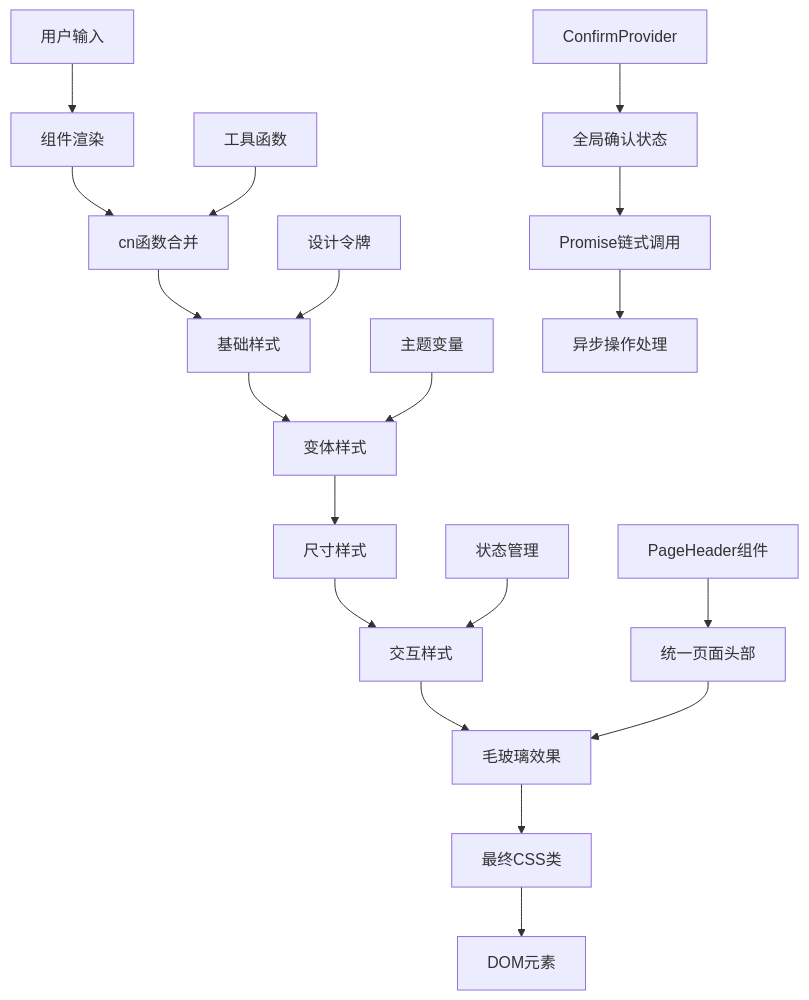
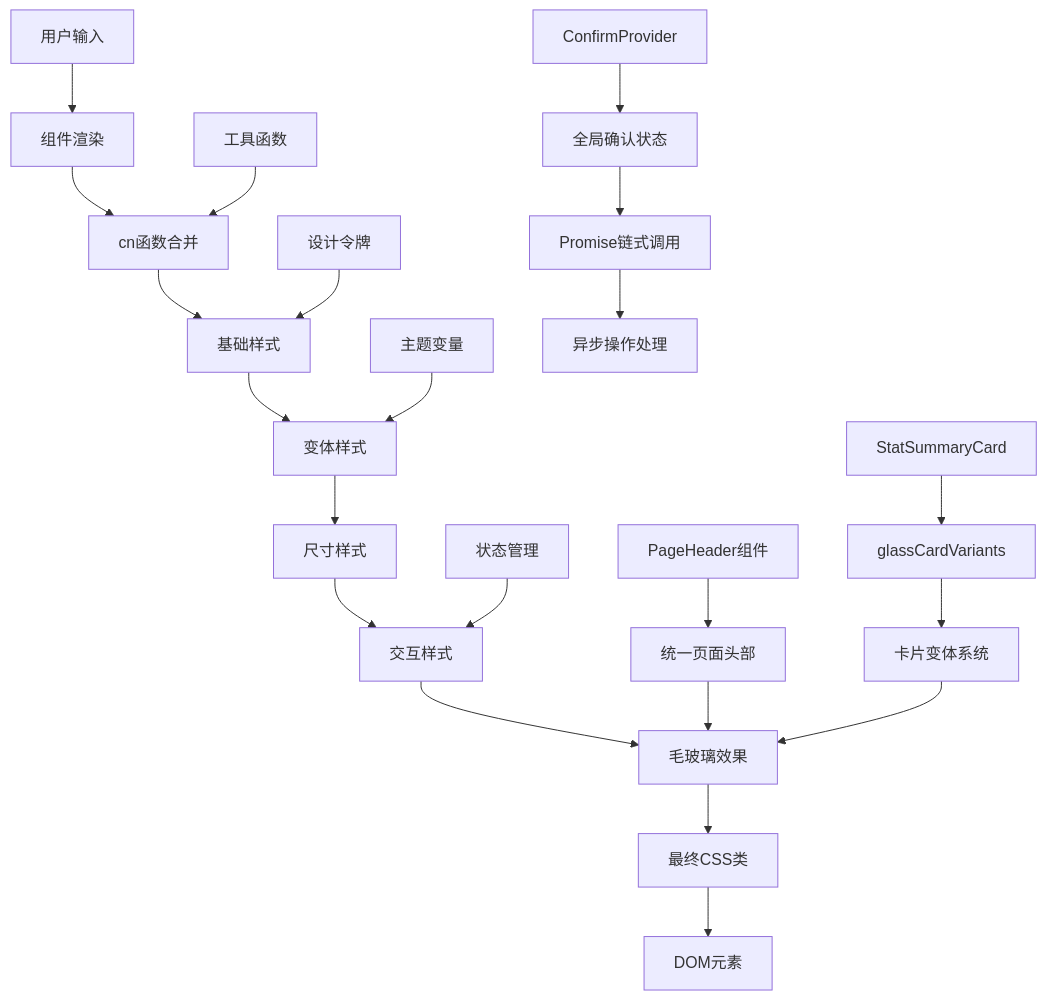
One commit to RadiumAg/AIGate changed the third of 10 diagrams in .qoder/repowiki/zh/content/前端组件/Apple Liquid Glass UI组件系统.md. Above: the diagram before and after it, drawn with Mermaid. The commit also changed other lines of this file and 3 other files, not shown here.

````diff
--- a/.qoder/repowiki/zh/content/前端组件/Apple Liquid Glass UI组件系统.md
+++ b/.qoder/repowiki/zh/content/前端组件/Apple Liquid Glass UI组件系统.md
@@ -235,21 +277,24 @@
 ```mermaid
 flowchart TD
 A[用户输入] --> B[组件渲染]
 B --> C[cn函数合并]
 C --> D[基础样式]
 D --> E[变体样式]
 E --> F[尺寸样式]
 F --> G[交互样式]
 G --> H[毛玻璃效果]
 H --> I[最终CSS类]
 I --> J[DOM元素]
 K[工具函数] --> C
 L[设计令牌] --> D
 M[主题变量] --> E
 N[状态管理] --> G
 O[ConfirmProvider] --> P[全局确认状态]
 P --> Q[Promise链式调用]
 Q --> R[异步操作处理]
 S[PageHeader组件] --> T[统一页面头部]
 T --> H
+U[glassCardVariants] --> V[卡片变体系统]
+V --> H
+W[StatSummaryCard] --> U
 ```
````
